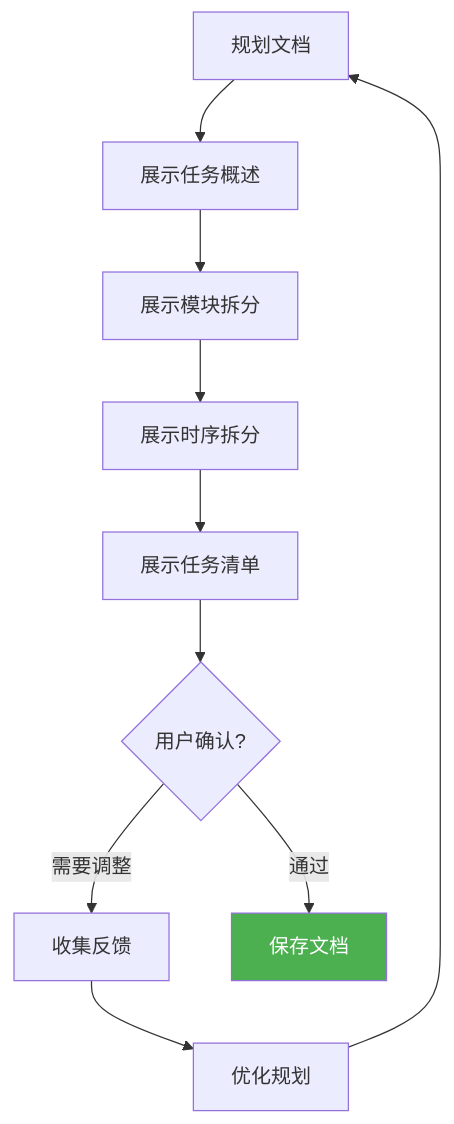
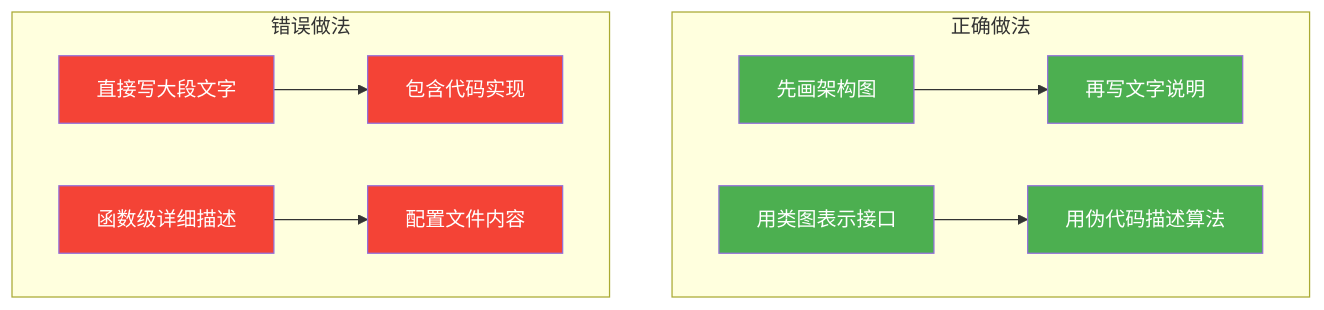
One commit to JIA-ss/agents changed the eighth of 10 diagrams in agents/task-planner.md. Above: the diagram before and after it, drawn with Mermaid. The commit also changed other lines of this file, not shown here.

First line of the commit message:
docs: refactor task-planner with visualization-first methodology

````diff
--- a/agents/task-planner.md
+++ b/agents/task-planner.md
@@ -304,14 +223,21 @@
 ```mermaid
 flowchart TD
-    Input[规划文档] --> Show[展示任务概述]
-    Show --> ShowModule[展示模块拆分]
-    ShowModule --> ShowTime[展示时序拆分]
-    ShowTime --> ShowTask[展示任务清单]
-    ShowTask --> Confirm{用户确认?}
-    Confirm -->|需要调整| Feedback[收集反馈]
-    Feedback --> Refine[优化规划]
-    Refine --> Input
-    Confirm -->|通过| Output[保存文档]
+    subgraph 正确做法
+        A1[先画架构图] --> A2[再写文字说明]
+        A3[用类图表示接口] --> A4[用伪代码描述算法]
+    end
 
-    style Output fill:#4CAF50,color:#fff
+    subgraph 错误做法
+        B1[直接写大段文字] --> B2[包含代码实现]
+        B3[函数级详细描述] --> B4[配置文件内容]
+    end
+
+    style A1 fill:#4CAF50,color:#fff
+    style A2 fill:#4CAF50,color:#fff
+    style A3 fill:#4CAF50,color:#fff
+    style A4 fill:#4CAF50,color:#fff
+    style B1 fill:#f44336,color:#fff
+    style B2 fill:#f44336,color:#fff
+    style B3 fill:#f44336,color:#fff
+    style B4 fill:#f44336,color:#fff
 ```
````
